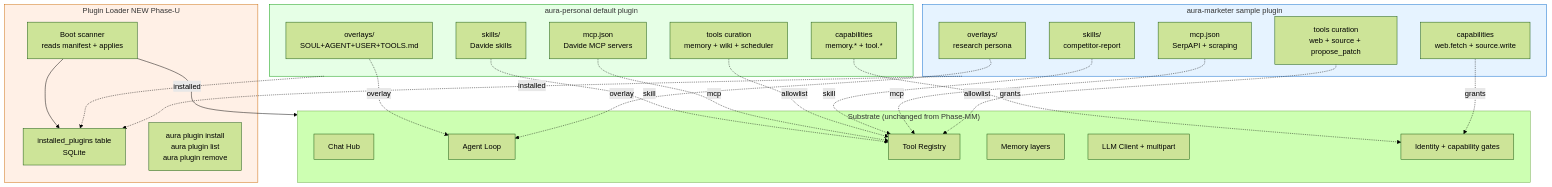
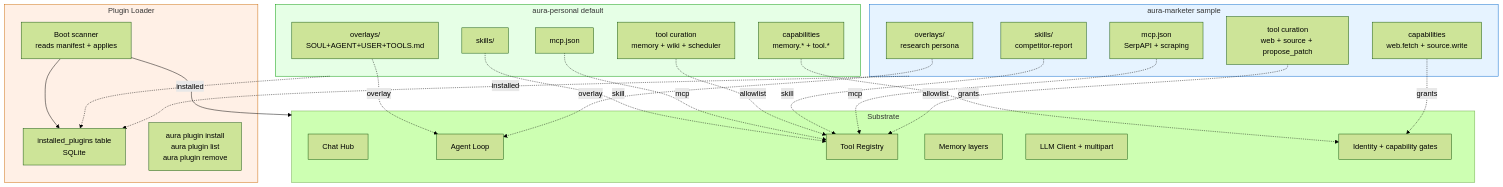
One commit to chetto1983/Aura changed the second of 2 diagrams in README.md. Above: the diagram before and after it, drawn with Mermaid (forest theme). The commit also changed other lines of this file and 27 other files, not shown here.

````diff
--- a/README.md
+++ b/README.md
@@ -294,54 +187,54 @@
 ```mermaid
 flowchart TB
-  subgraph Substrate["Substrate (unchanged from Phase-MM)"]
+  subgraph Substrate
     HUB[Chat Hub]
     LOOP[Agent Loop]
     TOOLS[Tool Registry]
     MEM[Memory layers]
     LLM[LLM Client + multipart]
     IDENT[Identity + capability gates]
   end
 
-  subgraph Loader["Plugin Loader NEW Phase-U"]
+  subgraph Loader["Plugin Loader"]
     REG[installed_plugins table<br/>SQLite]
     INST[aura plugin install<br/>aura plugin list<br/>aura plugin remove]
     BOOT[Boot scanner<br/>reads manifest + applies]
   end
 
-  subgraph Plugin1["aura-personal default plugin"]
+  subgraph Plugin1["aura-personal default"]
     P1OV[overlays/<br/>SOUL+AGENT+USER+TOOLS.md]
-    P1SK[skills/<br/>Davide skills]
-    P1MCP[mcp.json<br/>Davide MCP servers]
-    P1TOOL[tools curation<br/>memory + wiki + scheduler]
+    P1SK[skills/]
+    P1MCP[mcp.json]
+    P1TOOL[tool curation<br/>memory + wiki + scheduler]
     P1CAP[capabilities<br/>memory.* + tool.*]
   end
 
-  subgraph Plugin2["aura-marketer sample plugin"]
+  subgraph Plugin2["aura-marketer sample"]
     P2OV[overlays/<br/>research persona]
     P2SK[skills/<br/>competitor-report]
     P2MCP[mcp.json<br/>SerpAPI + scraping]
-    P2TOOL[tools curation<br/>web + source + propose_patch]
+    P2TOOL[tool curation<br/>web + source + propose_patch]
     P2CAP[capabilities<br/>web.fetch + source.write]
   end
 
   Plugin1 -. installed .-> REG
   Plugin2 -. installed .-> REG
   BOOT --> REG
   BOOT --> Substrate
 
   P1OV -. overlay .-> LOOP
   P1SK -. skill .-> TOOLS
   P1MCP -. mcp .-> TOOLS
   P1TOOL -. allowlist .-> TOOLS
   P1CAP -. grants .-> IDENT
 
   P2OV -. overlay .-> LOOP
   P2SK -. skill .-> TOOLS
   P2MCP -. mcp .-> TOOLS
   P2TOOL -. allowlist .-> TOOLS
   P2CAP -. grants .-> IDENT
 
   style Plugin1 fill:#e6ffe6,stroke:#009900
   style Plugin2 fill:#e6f3ff,stroke:#0066cc
   style Loader fill:#fff0e6,stroke:#cc6600
 ```
````
